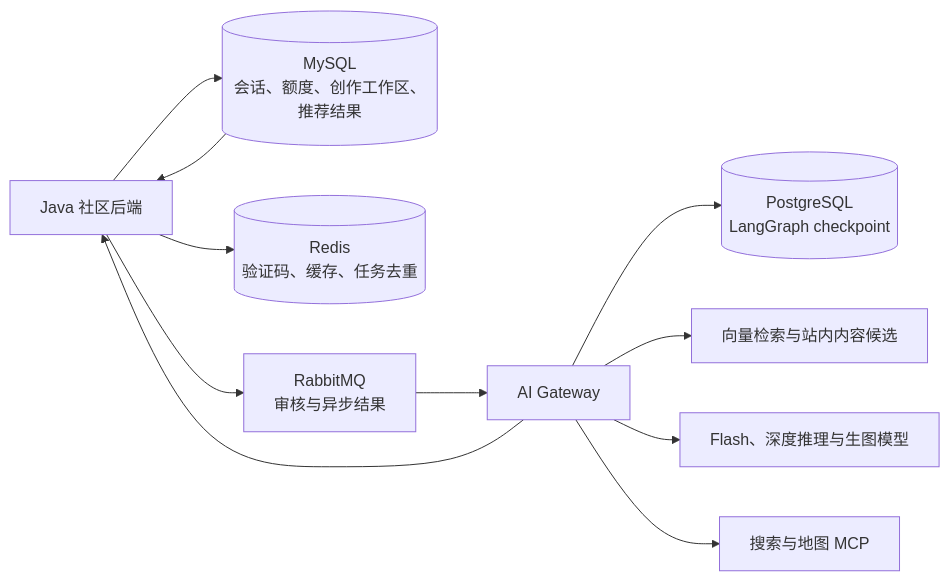
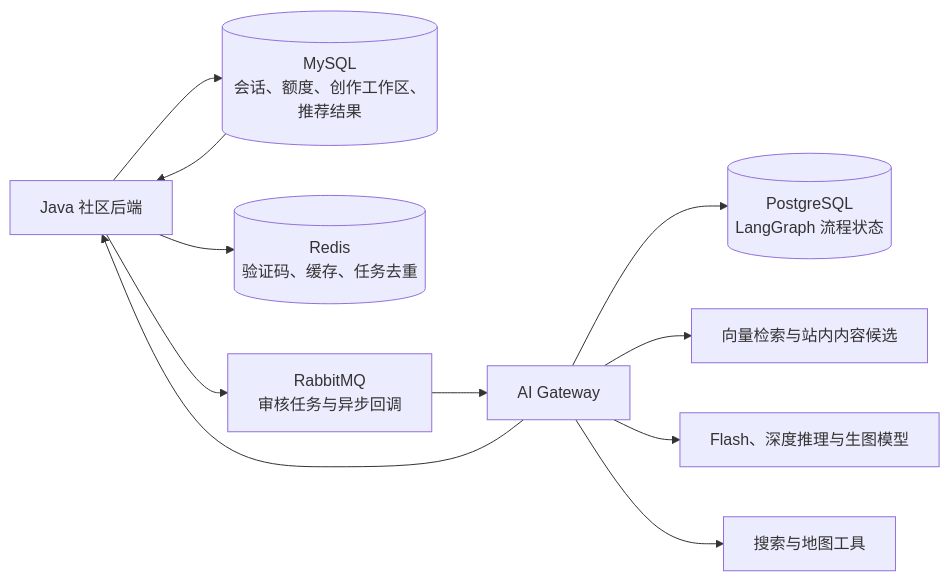
One commit to pluchon/mengmeng_forum changed diagram 17 of 19 in README.md. Above: the diagram before and after it, drawn with Mermaid. The commit also changed other lines of this file, not shown here.

````diff
--- a/README.md
+++ b/README.md
@@ -377,13 +400,13 @@
 ```mermaid
 flowchart LR
   J["Java 社区后端"] --> MYSQL[("MySQL<br/>会话、额度、创作工作区、推荐结果")]
   J --> REDIS[("Redis<br/>验证码、缓存、任务去重")]
-  J --> MQ["RabbitMQ<br/>审核与异步结果"]
-  G["AI Gateway"] --> PG[("PostgreSQL<br/>LangGraph checkpoint")]
+  J --> MQ["RabbitMQ<br/>审核任务与异步回调"]
+  G["AI Gateway"] --> PG[("PostgreSQL<br/>LangGraph 流程状态")]
   G --> VECTOR["向量检索与站内内容候选"]
   G --> MODEL["Flash、深度推理与生图模型"]
-  G --> MCP["搜索与地图 MCP"]
+  G --> MCP["搜索与地图工具"]
   MYSQL --> J
   MQ --> G
   G --> J
 ```
````
